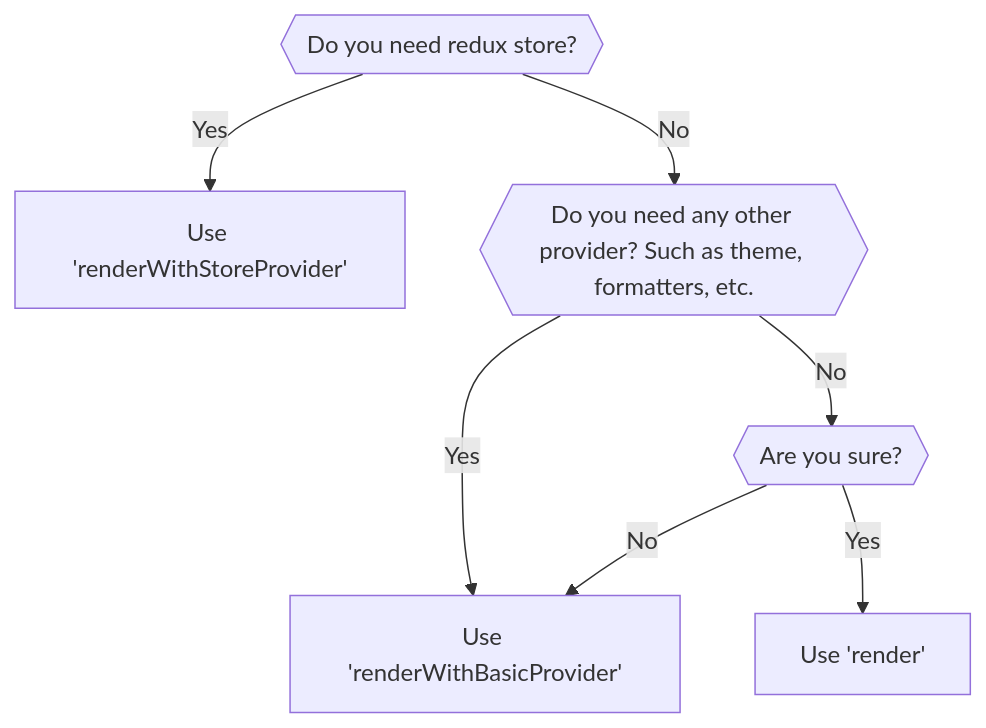
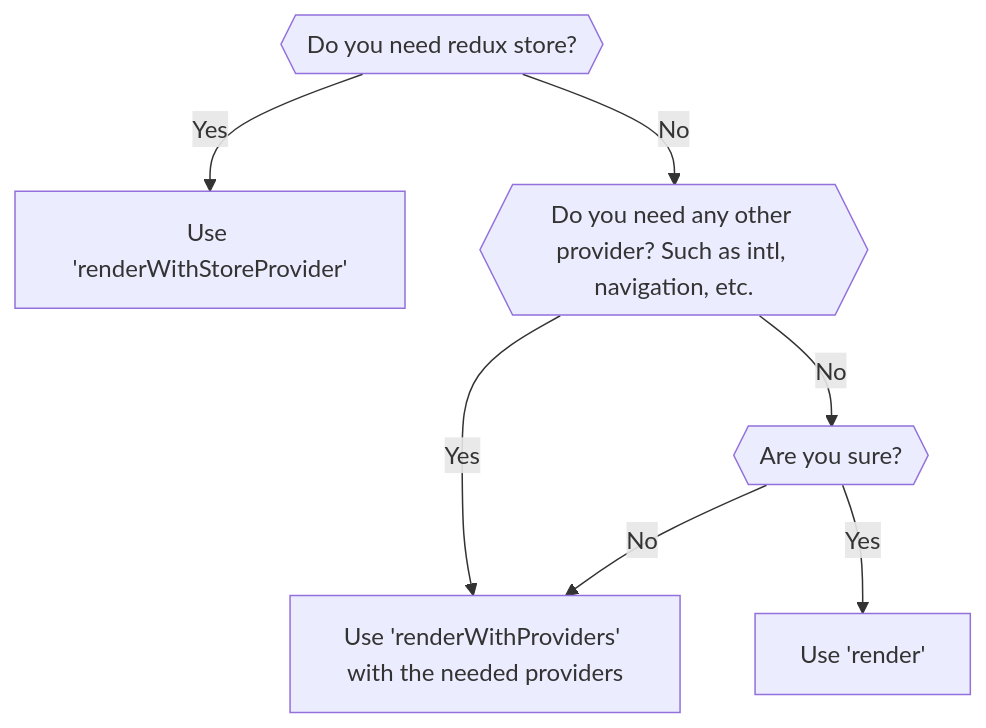
The first of 2 diagrams in docs/tests/suite-native-test-utils.md (trezor/trezor-suite), drawn with Mermaid before and after one commit. The commit also changed other lines of this file and 42 other files, not shown here.

````diff
--- a/docs/tests/suite-native-test-utils.md
+++ b/docs/tests/suite-native-test-utils.md
@@ -9,9 +9,9 @@
 ```mermaid
 flowchart TD
     A{{Do you need redux store?}} -- Yes --> B[Use 'renderWithStoreProvider']
-    A -- No --> C{{Do you need any other provider? Such as theme, formatters, etc.}}
-    C -- Yes --> D[Use 'renderWithBasicProvider']
+    A -- No --> C{{Do you need any other provider? Such as intl, navigation, etc.}}
+    C -- Yes --> D[Use 'renderWithProviders' with the needed providers]
     C -- No --> E{{Are you sure?}}
     E -- Yes --> F[Use 'render']
     E -- No --> D
 ```
````
